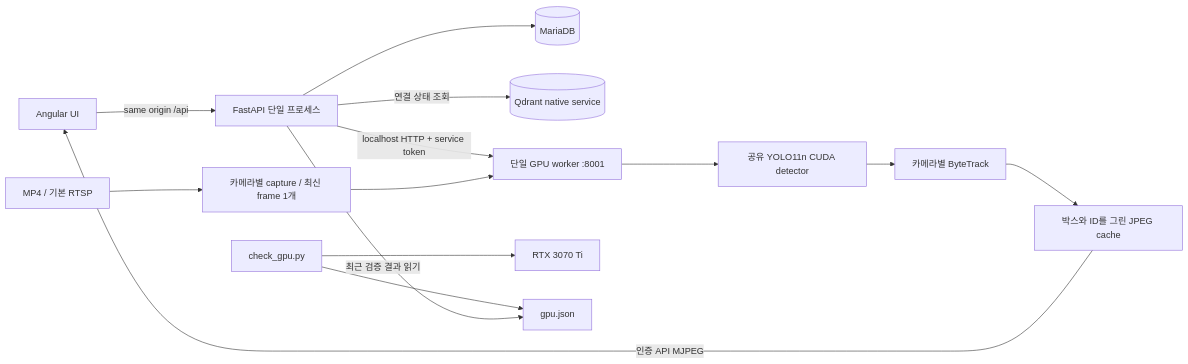
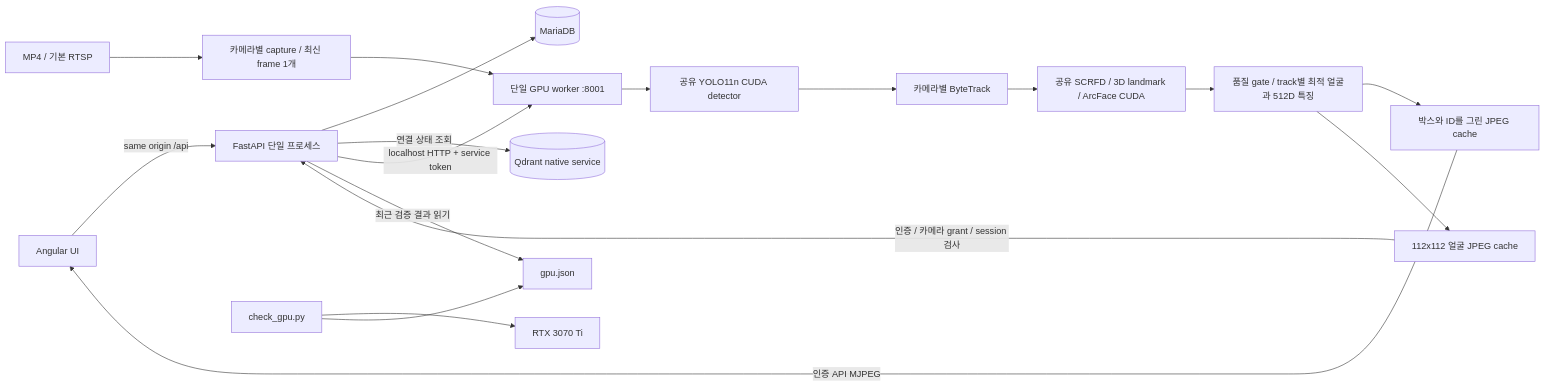
The diagram in docs/architecture.md (stackr/face-recognition), drawn with Mermaid before and after one commit. The commit also changed other lines of this file and 31 other files, not shown here.

````diff
--- a/docs/architecture.md
+++ b/docs/architecture.md
@@ -7,16 +7,20 @@
 ```mermaid
 flowchart LR
     Browser[Angular UI] -->|same origin /api| API[FastAPI 단일 프로세스]
     API --> DB[(MariaDB)]
     API -->|연결 상태 조회| Q[(Qdrant native service)]
     API -->|localhost HTTP + service token| Worker[단일 GPU worker :8001]
     Sources[MP4 / 기본 RTSP] --> Capture[카메라별 capture / 최신 frame 1개]
     Capture --> Worker
     Worker --> YOLO[공유 YOLO11n CUDA detector]
     YOLO --> Tracker[카메라별 ByteTrack]
-    Tracker --> JPEG[박스와 ID를 그린 JPEG cache]
+    Tracker --> Faces[공유 SCRFD / 3D landmark / ArcFace CUDA]
+    Faces --> Quality[품질 gate / track별 최적 얼굴과 512D 특징]
+    Quality --> JPEG[박스와 ID를 그린 JPEG cache]
+    Quality --> Thumbnail[112x112 얼굴 JPEG cache]
+    Thumbnail -->|인증 / 카메라 grant / session 검사| API
     JPEG -->|인증 API MJPEG| Browser
     Check[check_gpu.py] --> GPU[RTX 3070 Ti]
     Check --> Report[gpu.json]
     API -->|최근 검증 결과 읽기| Report
 ```
````
